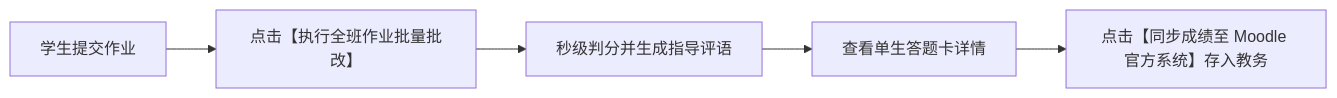
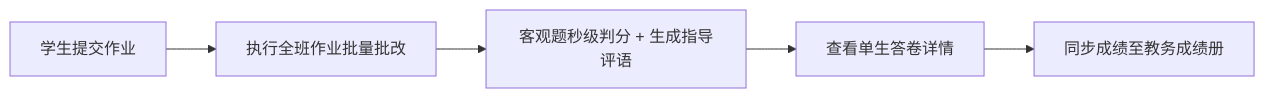
Before and after one commit to DuMaChen/EnergyGraph-AI: the second of 2 diagrams in TEACHER_MANUAL.md, drawn with Mermaid. The commit also changed other lines of this file and 1 other file, not shown here.

````diff
--- a/TEACHER_MANUAL.md
+++ b/TEACHER_MANUAL.md
@@ -235,7 +176,7 @@
 ```mermaid
 graph LR
-    A["学生提交作业"] --> B["点击【执行全班作业批量批改】"]
-    B --> C["秒级判分并生成指导评语"]
-    C --> D["查看单生答题卡详情"]
-    D --> E["点击【同步成绩至 Moodle 官方系统】存入教务"]
+    A["学生提交作业"] --> B["执行全班作业批量批改"]
+    B --> C["客观题秒级判分 + 生成指导评语"]
+    C --> D["查看单生答卷详情"]
+    D --> E["同步成绩至教务成绩册"]
 ```
````
